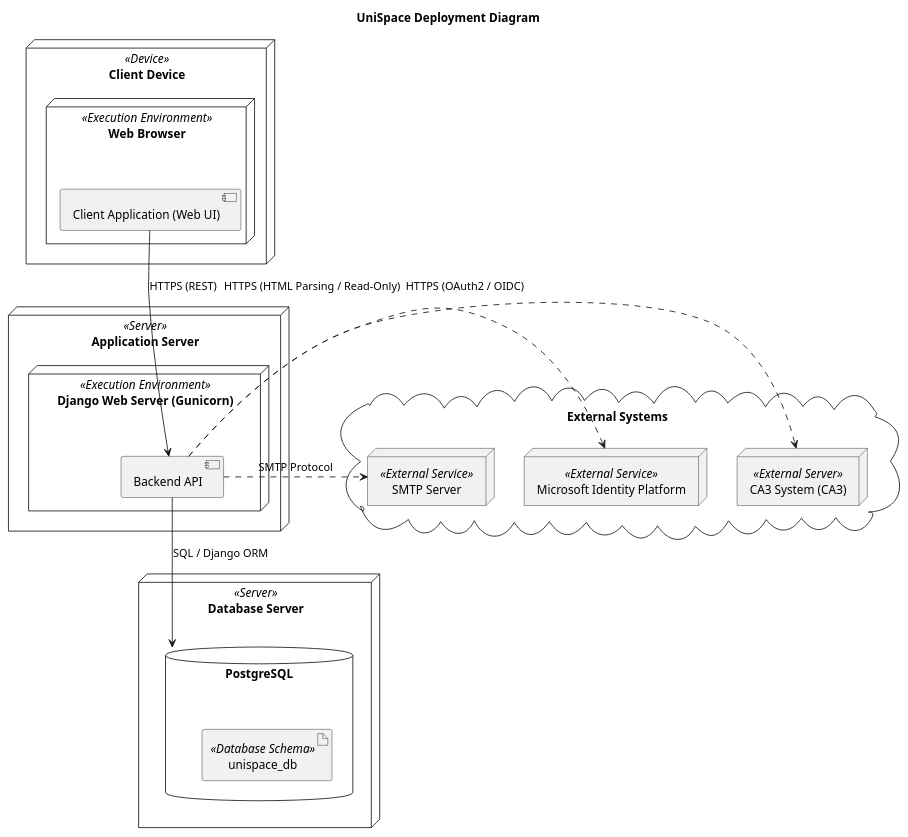
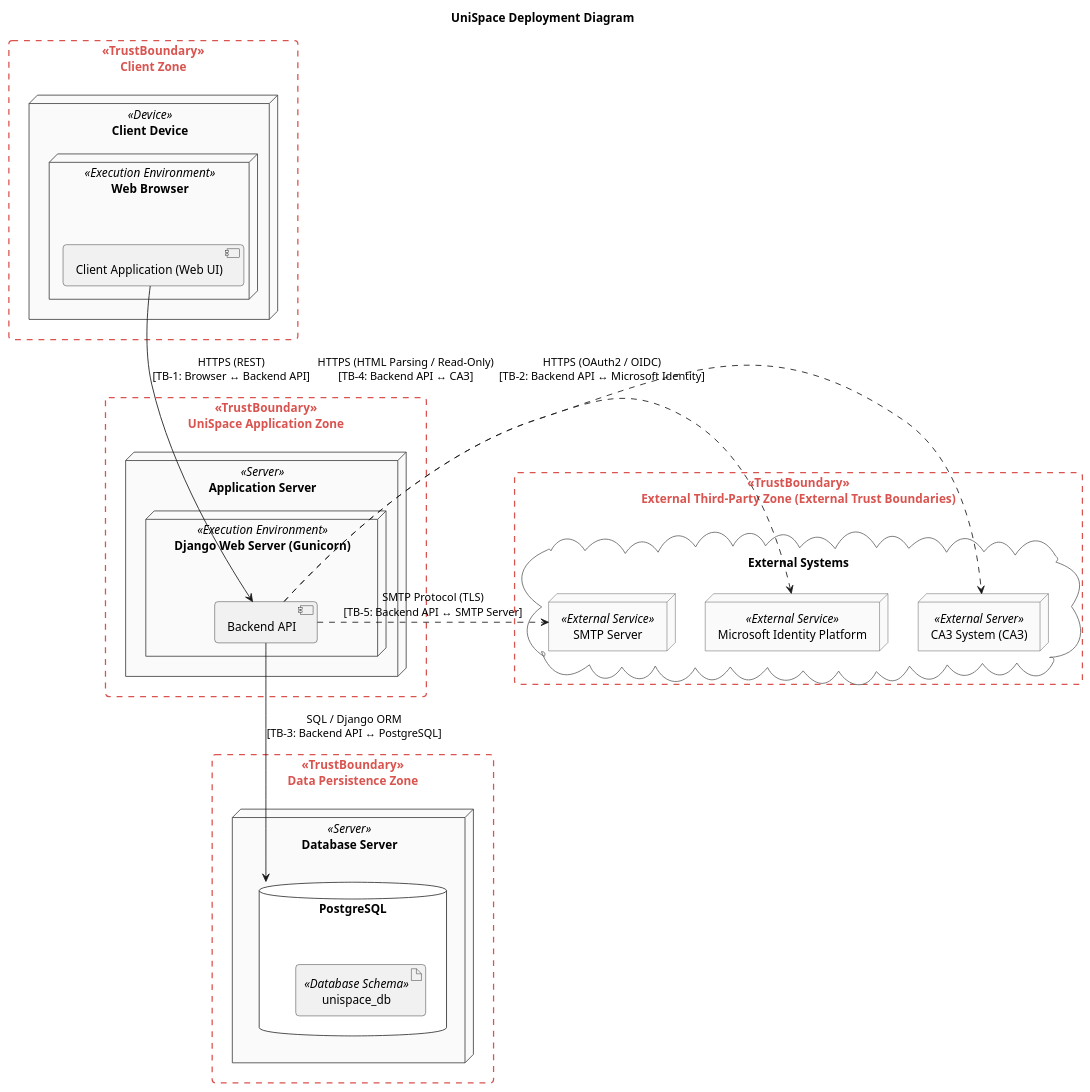
One commit to ukma-fin-ssdm-2026/unispace changed the diagram in docs/architecture/uml/deployment_diagram.puml. Above: the diagram before and after it, drawn with PlantUML.

Commit message:
docs: fix deployment diagram
fixed deployment diagram according to Lab03 feedback (added trust boundaries)

```diff
--- a/docs/architecture/uml/deployment_diagram.puml
+++ b/docs/architecture/uml/deployment_diagram.puml
@@ -1,34 +1,64 @@
 @startuml
 title UniSpace Deployment Diagram
 
-node "Client Device" <<Device>> {
-    node "Web Browser" <<Execution Environment>> {
-        component "Client Application (Web UI)"
+skinparam roundCorner 8
+skinparam node {
+    BackgroundColor #FAFAFA
+    BorderColor #444444
+}
+skinparam database {
+    BackgroundColor #FFFFFF
+    BorderColor #333333
+}
+skinparam cloud {
+    BackgroundColor #FFFFFF
+    BorderColor #666666
+}
+
+skinparam rectangle<<TrustBoundary>> {
+    BorderStyle dashed
+    BorderColor #D9534F
+    BorderThickness 1.5
+    BackgroundColor transparent
+    FontColor #D9534F
+    FontStyle bold
+}
+
+rectangle "Client Zone" <<TrustBoundary>> as TB_Client {
+    node "Client Device" <<Device>> {
+        node "Web Browser" <<Execution Environment>> {
+            component "Client Application (Web UI)" as WebUI
+        }
     }
 }
 
-node "Application Server" <<Server>> {
-    node "Django Web Server (Gunicorn)" <<Execution Environment>> {
-        component "Backend API"
+rectangle "UniSpace Application Zone" <<TrustBoundary>> as TB_App {
+    node "Application Server" <<Server>> {
+        node "Django Web Server (Gunicorn)" <<Execution Environment>> {
+            component "Backend API" as BackendAPI
+        }
     }
 }
 
-node "Database Server" <<Server>> {
-    database "PostgreSQL" {
-        artifact "unispace_db" <<Database Schema>>
+rectangle "Data Persistence Zone" <<TrustBoundary>> as TB_Data {
+    node "Database Server" <<Server>> {
+        database "PostgreSQL" {
+            artifact "unispace_db" <<Database Schema>>
+        }
     }
 }
 
-cloud "External Systems" {
-    node "CA3 System (САЗ)" <<External Server>>
-    node "Microsoft Identity Platform" <<External Service>>
-    node "SMTP Server" <<External Service>>
+rectangle "External Third-Party Zone (External Trust Boundaries)" <<TrustBoundary>> as TB_Ext {
+    cloud "External Systems" {
+        node "CA3 System (САЗ)" <<External Server>> as CA3
+        node "Microsoft Identity Platform" <<External Service>> as MS_Auth
+        node "SMTP Server" <<External Service>> as SMTP
+    }
 }
 
-"Client Application (Web UI)" -down-> "Backend API" : HTTPS (REST)
-"Backend API" -down-> "PostgreSQL" : SQL / Django ORM
-
-"Backend API" .right.> "CA3 System (САЗ)" : HTTPS (HTML Parsing / Read-Only)
-"Backend API" .right.> "Microsoft Identity Platform" : HTTPS (OAuth2 / OIDC)
-"Backend API" .right.> "SMTP Server" : SMTP Protocol
+WebUI -down-> BackendAPI : HTTPS (REST)\n[TB-1: Browser ↔ Backend API]
+BackendAPI -down-> "PostgreSQL" : SQL / Django ORM\n[TB-3: Backend API ↔ PostgreSQL]
+BackendAPI .right.> CA3 : HTTPS (HTML Parsing / Read-Only)\n[TB-4: Backend API ↔ САЗ]
+BackendAPI .right.> MS_Auth : HTTPS (OAuth2 / OIDC)\n[TB-2: Backend API ↔ Microsoft Identity]
+BackendAPI .right.> SMTP : SMTP Protocol (TLS)\n[TB-5: Backend API ↔ SMTP Server]
 @enduml
```
